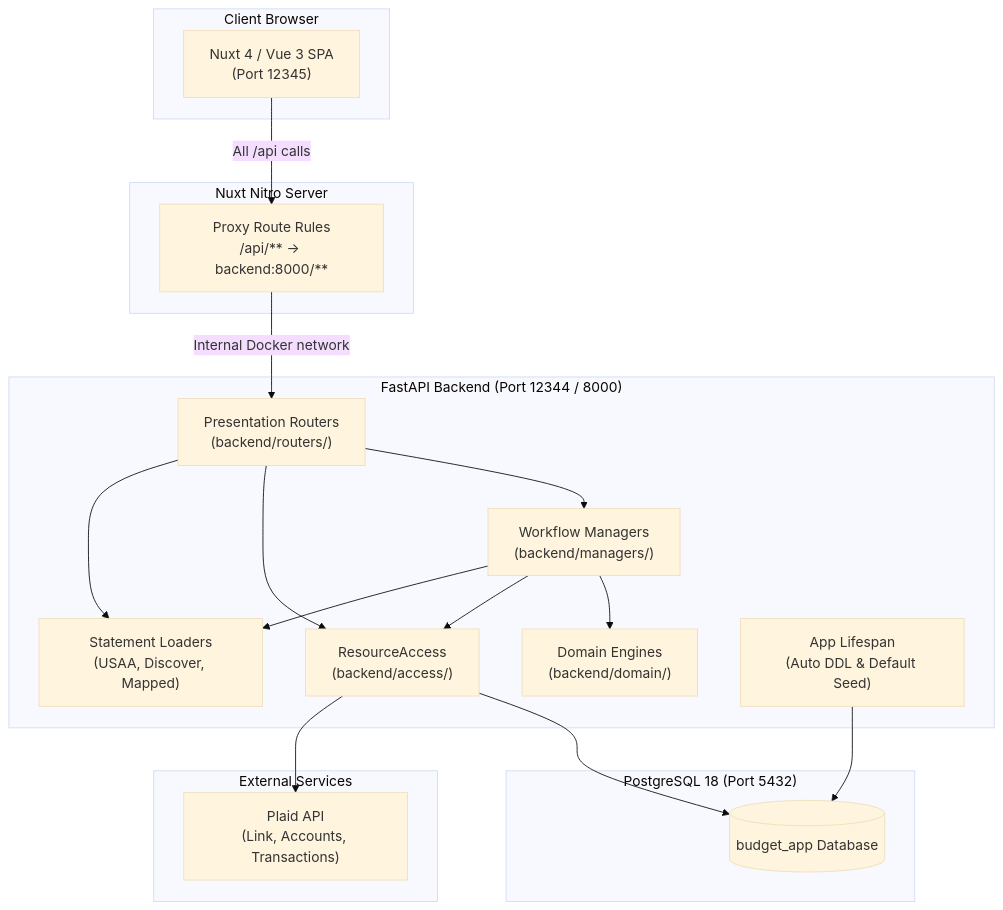
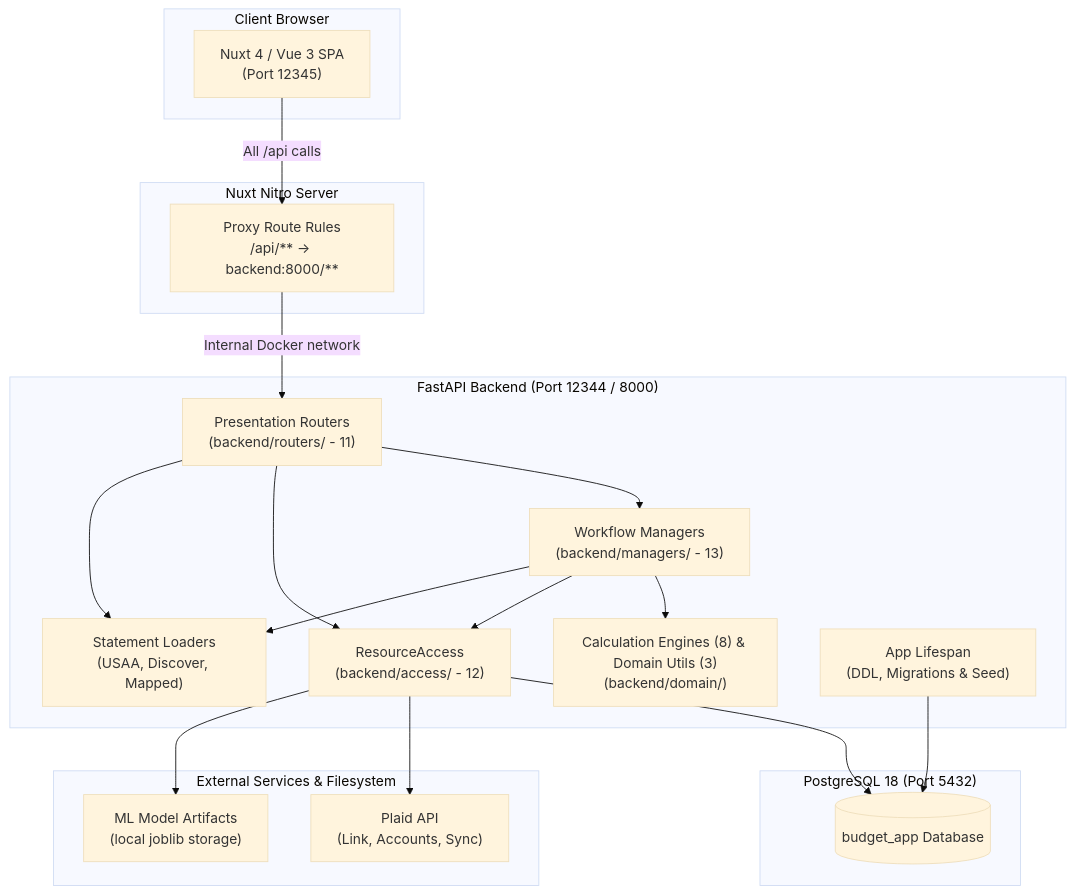
The first of 2 diagrams in docs/old_architecture/ARCHITECTURE.md (West04/PersonalBudgetApp), drawn with Mermaid (base theme) before and after one commit. The commit also changed other lines of this file and 12 other files, not shown here.

Commit message:
docs: refresh architecture and product documentation

````diff
--- a/docs/old_architecture/ARCHITECTURE.md
+++ b/docs/old_architecture/ARCHITECTURE.md
@@ -11,39 +11,41 @@
 ```mermaid
 flowchart TD
     subgraph Client ["Client Browser"]
         UI["Nuxt 4 / Vue 3 SPA<br/>(Port 12345)"]
     end
 
     subgraph ReverseProxy ["Nuxt Nitro Server"]
         Proxy["Proxy Route Rules<br/>/api/** &rarr; backend:8000/**"]
     end
 
     subgraph Backend ["FastAPI Backend (Port 12344 / 8000)"]
-        Router["Presentation Routers<br/>(backend/routers/)"]
-        Mgr["Workflow Managers<br/>(backend/managers/)"]
-        Engine["Domain Engines<br/>(backend/domain/)"]
-        Access["ResourceAccess<br/>(backend/access/)"]
+        Router["Presentation Routers<br/>(backend/routers/ - 11)"]
+        Mgr["Workflow Managers<br/>(backend/managers/ - 13)"]
+        Engine["Calculation Engines (8) & Domain Utils (3)<br/>(backend/domain/)"]
+        Access["ResourceAccess<br/>(backend/access/ - 12)"]
         Loader["Statement Loaders<br/>(USAA, Discover, Mapped)"]
-        Lifespan["App Lifespan<br/>(Auto DDL & Default Seed)"]
+        Lifespan["App Lifespan<br/>(DDL, Migrations & Seed)"]
     end
 
     subgraph Database ["PostgreSQL 18 (Port 5432)"]
         DB[(budget_app Database)]
     end
 
-    subgraph External ["External Services"]
-        PlaidAPI["Plaid API<br/>(Link, Accounts, Transactions)"]
+    subgraph External ["External Services & Filesystem"]
+        PlaidAPI["Plaid API<br/>(Link, Accounts, Sync)"]
+        ModelDisk["ML Model Artifacts<br/>(local joblib storage)"]
     end
 
     UI -->|All /api calls| Proxy
     Proxy -->|Internal Docker network| Router
     Router --> Mgr
     Router --> Access
     Router --> Loader
     Mgr --> Engine
     Mgr --> Access
     Mgr --> Loader
     Access --> DB
     Access --> PlaidAPI
+    Access --> ModelDisk
     Lifespan --> DB
 ```
````
